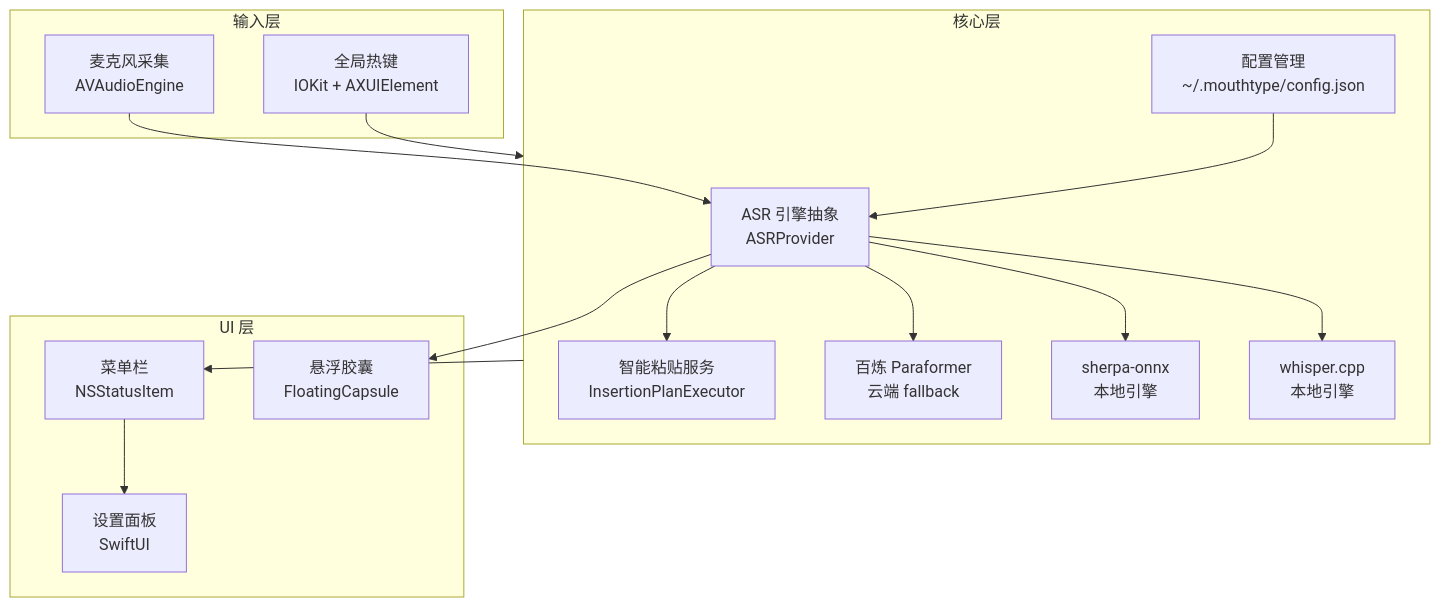
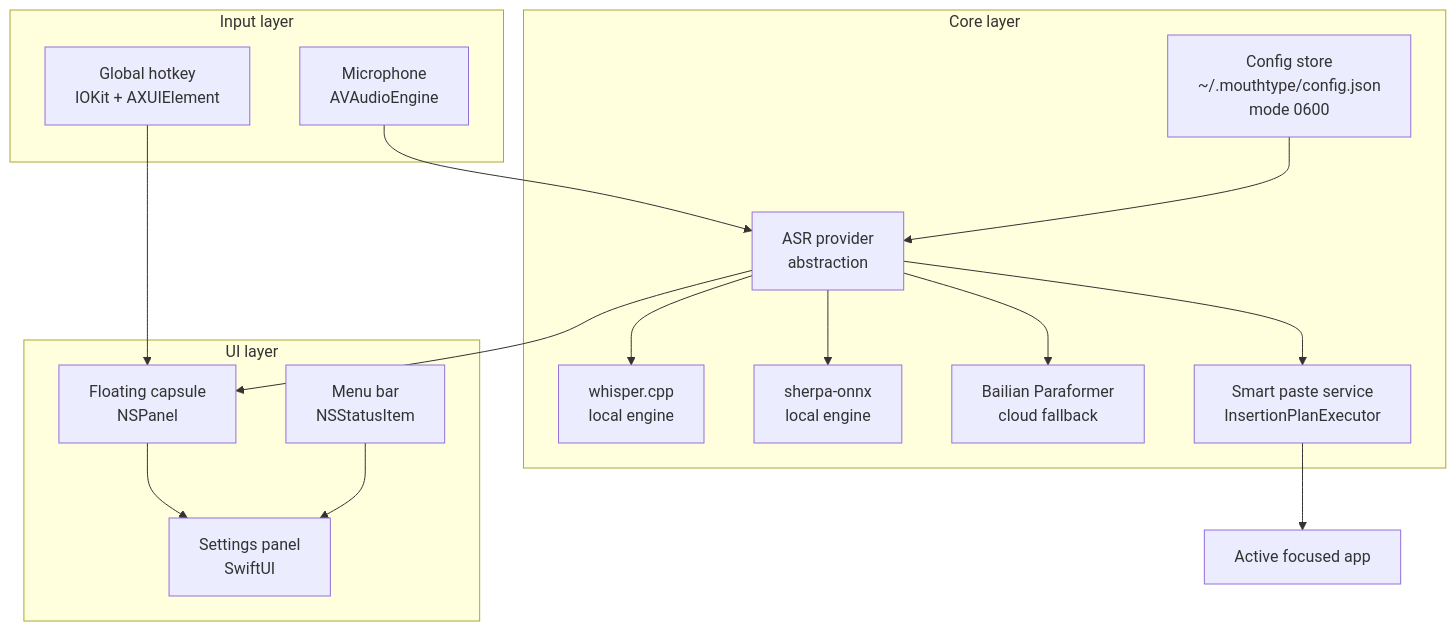
One commit to davyzhong/MouthType changed the diagram in README.md. Above: the diagram before and after it, drawn with Mermaid. The commit also changed other lines of this file and 1 other file, not shown here.

````diff
--- a/README.md
+++ b/README.md
@@ -97,30 +131,31 @@
 ```mermaid
 flowchart TB
-    subgraph Input[输入层]
-        Mic[麦克风采集<br/>AVAudioEngine]
-        HK[全局热键<br/>IOKit + AXUIElement]
+    subgraph Input[Input layer]
+        Mic[Microphone<br/>AVAudioEngine]
+        HK[Global hotkey<br/>IOKit + AXUIElement]
     end
-    subgraph Core[核心层]
-        ASR[ASR 引擎抽象<br/>ASRProvider]
-        Whisper[whisper.cpp<br/>本地引擎]
-        Sherpa[sherpa-onnx<br/>本地引擎]
-        Bailian[百炼 Paraformer<br/>云端 fallback]
-        Paste[智能粘贴服务<br/>InsertionPlanExecutor]
-        Config[配置管理<br/>~/.mouthtype/config.json]
+    subgraph Core[Core layer]
+        ASR[ASR provider<br/>abstraction]
+        Whisper[whisper.cpp<br/>local engine]
+        Sherpa[sherpa-onnx<br/>local engine]
+        Bailian[Bailian Paraformer<br/>cloud fallback]
+        Paste[Smart paste service<br/>InsertionPlanExecutor]
+        Config[Config store<br/>~/.mouthtype/config.json<br/>mode 0600]
     end
-    subgraph UI[UI 层]
-        Capsule[悬浮胶囊<br/>FloatingCapsule]
-        Menu[菜单栏<br/>NSStatusItem]
-        Settings[设置面板<br/>SwiftUI]
+    subgraph UI[UI layer]
+        Capsule[Floating capsule<br/>NSPanel]
+        Menu[Menu bar<br/>NSStatusItem]
+        Settings[Settings panel<br/>SwiftUI]
     end
     Mic --> ASR
+    HK --> Capsule
     ASR --> Whisper
     ASR --> Sherpa
     ASR --> Bailian
-    HK --> Core
+    Config --> ASR
     ASR --> Paste
-    Config --> ASR
+    Paste --> ActiveApp[Active focused app]
     ASR --> Capsule
-    Core --> Menu
+    Capsule --> Settings
     Menu --> Settings
 ```
````
